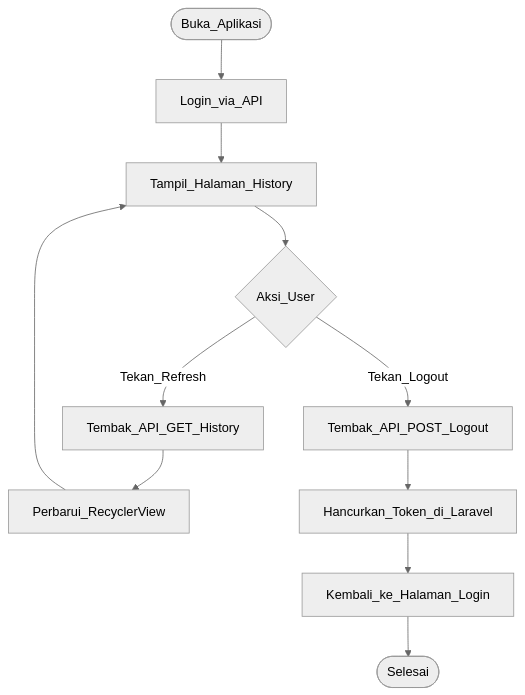
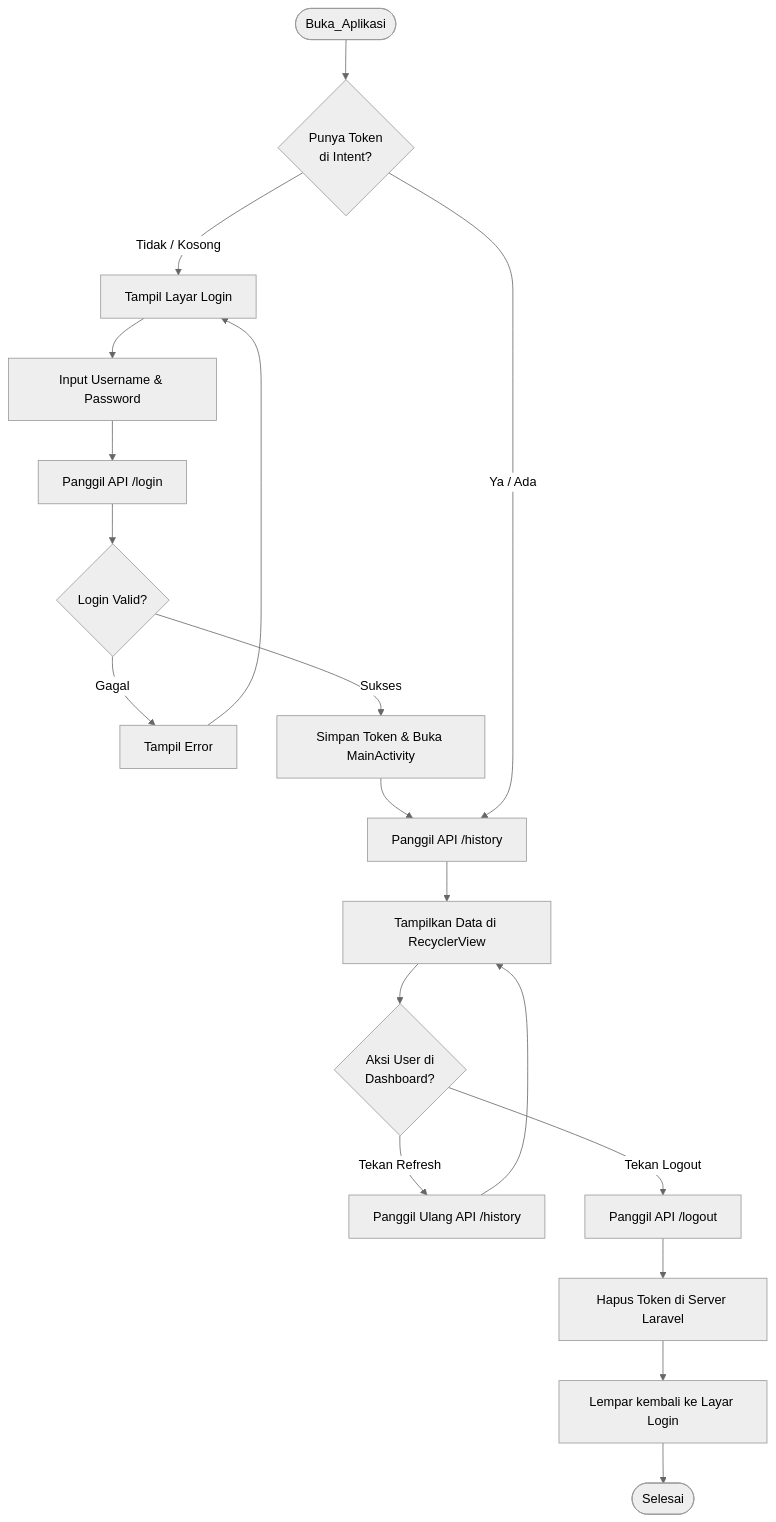
One commit to dava7putra/GenZehat-app changed the first of 2 diagrams in GenZehat_Android/README.md. Above: the diagram before and after it, drawn with Mermaid (neutral theme). The commit also changed other lines of this file, not shown here.

````diff
--- a/GenZehat_Android/README.md
+++ b/GenZehat_Android/README.md
@@ -62,16 +66,25 @@
 ```mermaid
 flowchart TD
-    Start([Buka_Aplikasi]) --> Login[Login_via_API]
-    Login --> Dashboard[Tampil_Halaman_History]
+    Start([Buka_Aplikasi]) --> CekToken{Punya Token\ndi Intent?}
     
-    Dashboard --> Pilihan{Aksi_User}
+    CekToken -- "Tidak / Kosong" --> LayarLogin[Tampil Layar Login]
+    LayarLogin --> InputData[Input Username & Password]
+    InputData --> HitLogin[Panggil API /login]
+    HitLogin --> CekLogin{Login Valid?}
+    CekLogin -- "Gagal" --> ToastError[Tampil Error] --> LayarLogin
+    CekLogin -- "Sukses" --> SimpanToken[Simpan Token & Buka MainActivity] --> FetchAwal
     
-    Pilihan -- Tekan_Refresh --> FetchAPI[Tembak_API_GET_History]
-    FetchAPI --> UpdateUI[Perbarui_RecyclerView]
-    UpdateUI --> Dashboard
+    CekToken -- "Ya / Ada" --> FetchAwal[Panggil API /history]
     
-    Pilihan -- Tekan_Logout --> DelToken[Tembak_API_POST_Logout]
-    DelToken --> HapusServer[Hancurkan_Token_di_Laravel]
-    HapusServer --> ArahkanLogin[Kembali_ke_Halaman_Login]
-    ArahkanLogin --> Selesai([Selesai])
+    FetchAwal --> TampilData[Tampilkan Data di RecyclerView]
+    
+    TampilData --> Idle{Aksi User di\nDashboard?}
+    
+    Idle -- "Tekan Refresh" --> FetchUlang[Panggil Ulang API /history]
+    FetchUlang --> TampilData
+    
+    Idle -- "Tekan Logout" --> HitLogout[Panggil API /logout]
+    HitLogout --> HapusTokenServer[Hapus Token di Server Laravel]
+    HapusTokenServer --> PindahLogin[Lempar kembali ke Layar Login]
+    PindahLogin --> Selesai([Selesai])
 ```
````
